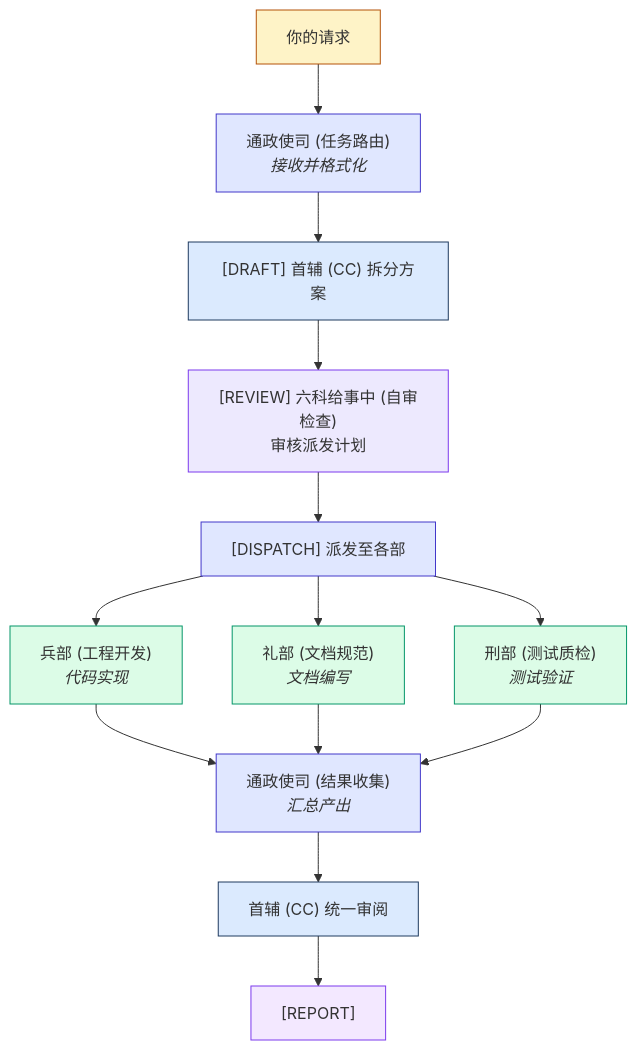
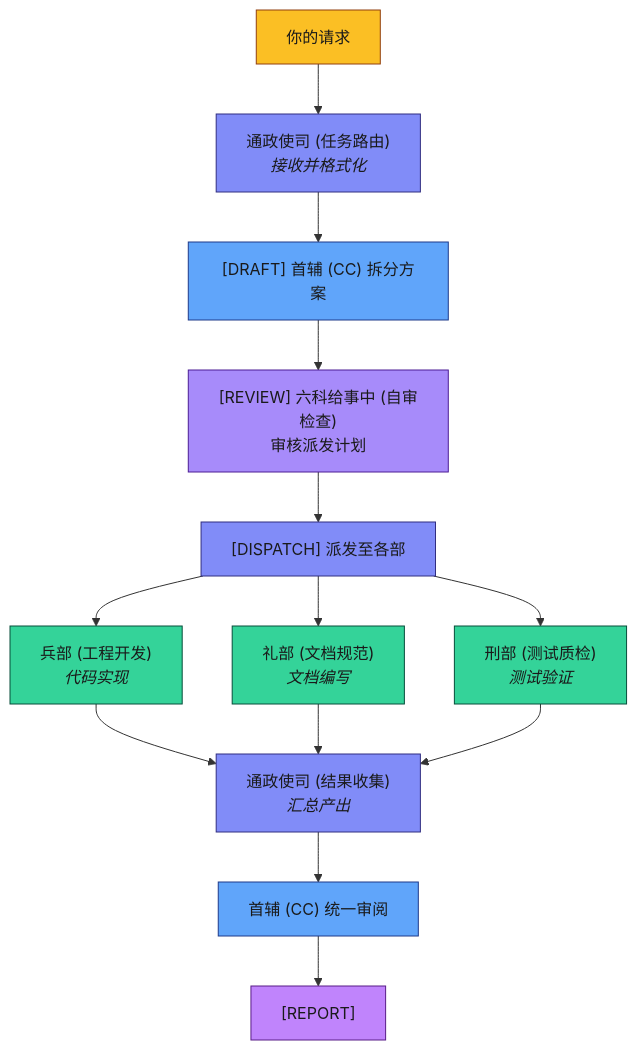
Before and after one commit to shiqkuangsan/oh-my-daily-skills: the fourth of 6 diagrams in docs/ming-court-code/guide_cn.md, drawn with Mermaid. The commit also changed other lines of this file and 1 other file, not shown here.

First line of the commit message:
style(ming-court-code): boost Mermaid diagram colors for GitHub dark mode

````diff
--- a/docs/ming-court-code/guide_cn.md
+++ b/docs/ming-court-code/guide_cn.md
@@ -198,27 +198,27 @@
 ```mermaid
 graph TD
     E["你的请求"] --> T["通政使司 (任务路由)<br/><i>接收并格式化</i>"]
     T --> D["[DRAFT] 首辅 (CC) 拆分方案"]
     D --> V["[REVIEW] 六科给事中 (自审检查)<br/>审核派发计划"]
     V --> P["[DISPATCH] 派发至各部"]
     P --> M1["兵部 (工程开发)<br/><i>代码实现</i>"]
     P --> M2["礼部 (文档规范)<br/><i>文档编写</i>"]
     P --> M3["刑部 (测试质检)<br/><i>测试验证</i>"]
     M1 --> C["通政使司 (结果收集)<br/><i>汇总产出</i>"]
     M2 --> C
     M3 --> C
     C --> UR["首辅 (CC) 统一审阅"]
     UR --> R["[REPORT]"]
 
-    style E fill:#fef3c7,stroke:#b45309
-    style T fill:#e0e7ff,stroke:#4338ca
-    style D fill:#dbeafe,stroke:#1e3a5f
-    style V fill:#ede9fe,stroke:#7c3aed
-    style P fill:#e0e7ff,stroke:#4338ca
-    style M1 fill:#dcfce7,stroke:#059669
-    style M2 fill:#dcfce7,stroke:#059669
-    style M3 fill:#dcfce7,stroke:#059669
-    style C fill:#e0e7ff,stroke:#4338ca
-    style UR fill:#dbeafe,stroke:#1e3a5f
-    style R fill:#f3e8ff,stroke:#7c3aed
+    style E fill:#fbbf24,stroke:#92400e,color:#1a1a1a
+    style T fill:#818cf8,stroke:#312e81,color:#1a1a1a
+    style D fill:#60a5fa,stroke:#1e3a8a,color:#1a1a1a
+    style V fill:#a78bfa,stroke:#4c1d95,color:#1a1a1a
+    style P fill:#818cf8,stroke:#312e81,color:#1a1a1a
+    style M1 fill:#34d399,stroke:#064e3b,color:#1a1a1a
+    style M2 fill:#34d399,stroke:#064e3b,color:#1a1a1a
+    style M3 fill:#34d399,stroke:#064e3b,color:#1a1a1a
+    style C fill:#818cf8,stroke:#312e81,color:#1a1a1a
+    style UR fill:#60a5fa,stroke:#1e3a8a,color:#1a1a1a
+    style R fill:#c084fc,stroke:#581c87,color:#1a1a1a
 ```
````
